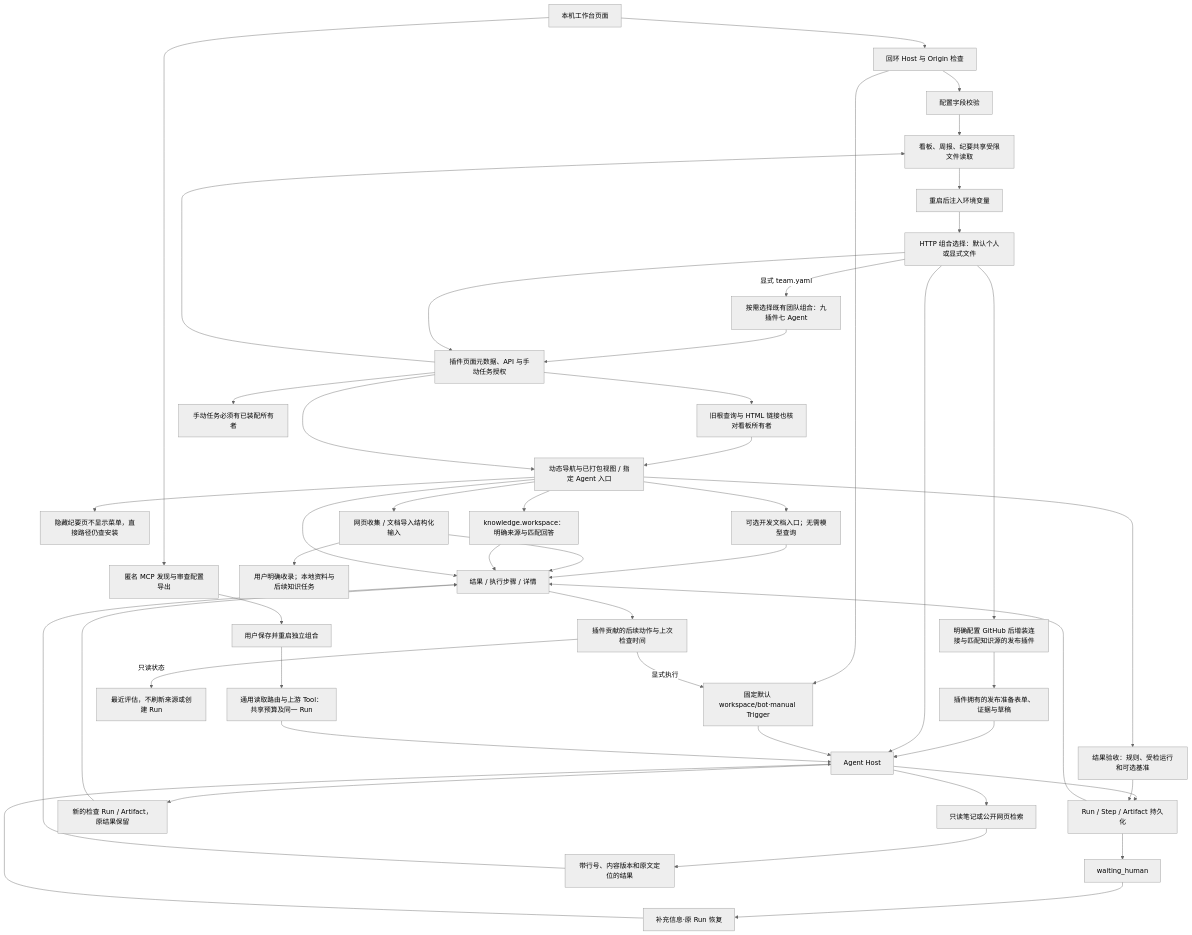
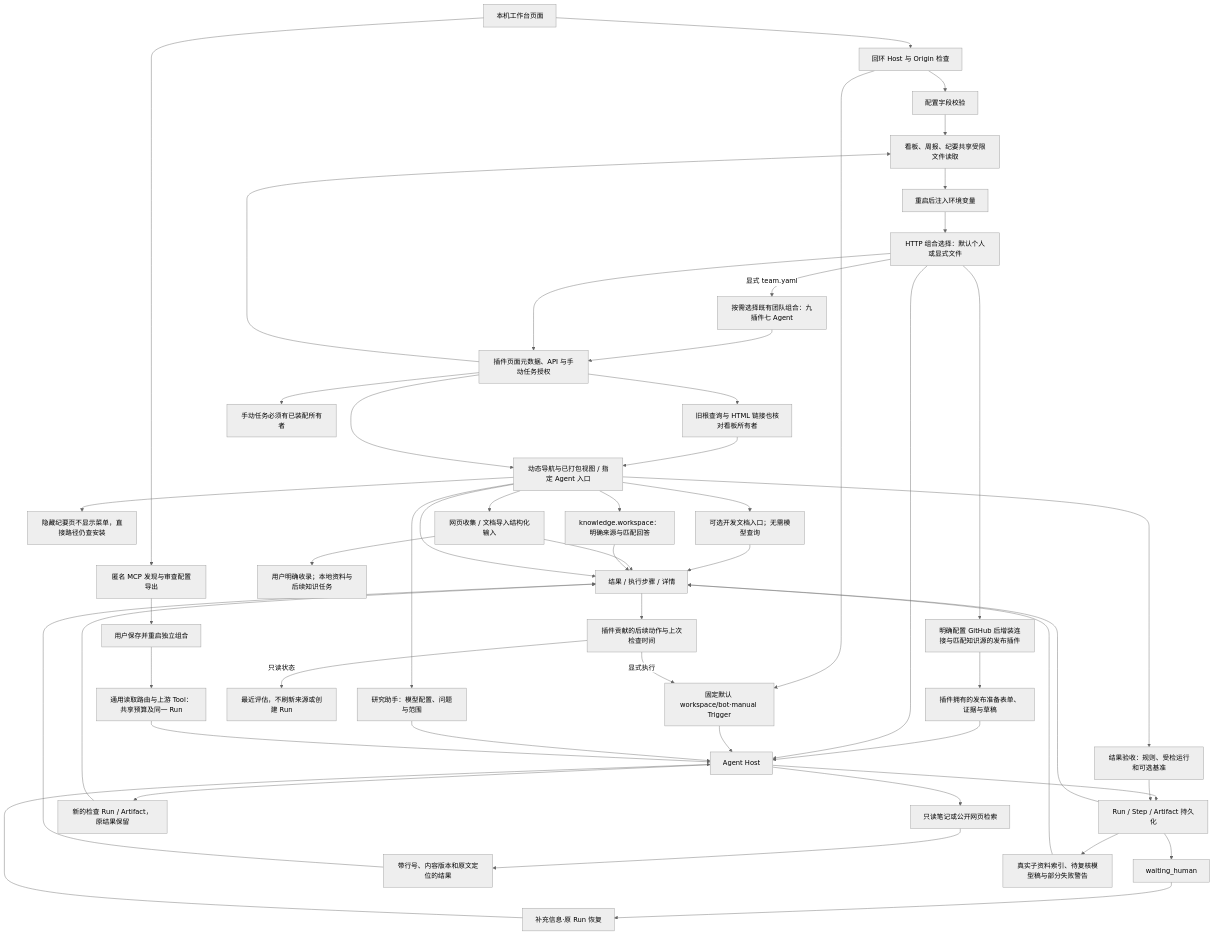
Before and after one commit to KlayPeter/AI-Delivery-Ops-Agent: the diagram in backend/src/platform/workspace/FEATURE.md, drawn with Mermaid (neutral theme). The commit also changed other lines of this file and 26 other files, not shown here.

````diff
--- a/backend/src/platform/workspace/FEATURE.md
+++ b/backend/src/platform/workspace/FEATURE.md
@@ -19,50 +19,54 @@
 ```mermaid
 flowchart TD
     UI[本机工作台页面] --> G[回环 Host 与 Origin 检查]
     G --> CFG[配置字段校验]
     CFG --> FILE[connections.json 原子写入·0600]
     FILE --> BOOT[重启后注入环境变量]
     BOOT --> PL[HTTP 组合选择：默认个人或显式文件]
     PL -- 显式 team.yaml --> TEAM[按需选择既有团队组合：九插件七 Agent]
     TEAM --> WEB
     PL --> GH[明确配置 GitHub 后增装连接与匹配知识源的发布插件]
     GH --> RP[插件拥有的发布准备表单、证据与草稿]
     RP --> H
     PL --> H[Agent Host]
     G --> T[固定默认 workspace/bot·manual Trigger]
     T --> H
     H --> R[Run / Step / Artifact 持久化]
     R --> V[结果 / 执行步骤 / 详情]
     R --> WAIT[waiting_human]
     WAIT --> REPLY[补充信息·原 Run 恢复]
     REPLY --> H
     H --> K[只读笔记或公开网页检索]
     K --> EV[带行号、内容版本和原文定位的结果]
     EV --> V
     PL --> WEB[插件页面元数据、API 与手动任务授权]
     WEB --> ALIAS[旧根查询与 HTML 链接也核对看板所有者]
     ALIAS --> NAV
     WEB --> NAV[动态导航与已打包视图 / 指定 Agent 入口]
     NAV --> HIDDEN[隐藏纪要页不显示菜单，直接路径仍查安装]
     WEB --> FILE[看板、周报、纪要共享受限文件读取]
     NAV --> C7[可选开发文档入口；无需模型查询]
     C7 --> V
     NAV --> COL[网页收集 / 文档导入结构化输入]
     COL --> V
+    NAV --> RS[研究助手：模型配置、问题与范围]
+    RS --> H
+    R --> RSINDEX[真实子资料索引、待复核模型稿与部分失败警告]
+    RSINDEX --> V
     NAV --> KW[knowledge.workspace：明确来源与匹配回答]
     KW --> V
     NAV --> V
     WEB --> JOBS[手动任务必须有已装配所有者]
     V --> ACT[插件贡献的后续动作与上次检查时间]
     ACT -- 只读状态 --> KV[最近评估，不刷新来源或创建 Run]
     ACT -- 显式执行 --> T
     H --> CHECK[新的检查 Run / Artifact，原结果保留]
     CHECK --> V
     COL --> KLIB[用户明确收录；本地资料与后续知识任务]
     NAV --> QCP[结果验收：规则、受检运行和可选基准]
     QCP --> R
     UI --> MCPSETUP[匿名 MCP 发现与审查配置导出]
     MCPSETUP --> MCPRESTART[用户保存并重启独立组合]
     MCPRESTART --> MCPRUN[通用读取路由与上游 Tool：共享预算及同一 Run]
     MCPRUN --> H
 ```
````
